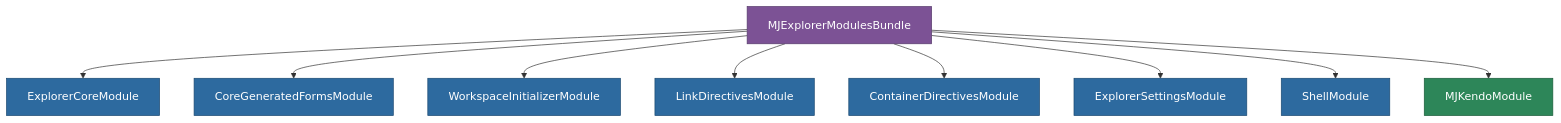
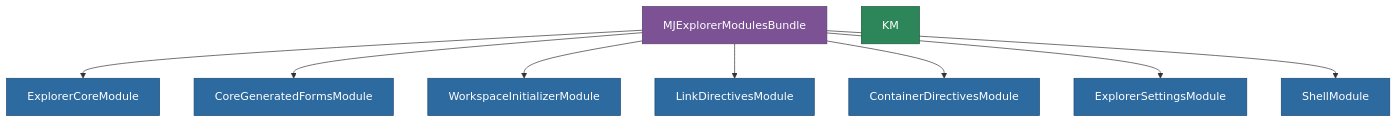
One commit to MemberJunction/MJ changed the diagram in packages/Angular/Explorer/explorer-modules/README.md. Above: the diagram before and after it, drawn with Mermaid. The commit also changed other lines of this file and 117 other files, not shown here.

````diff
--- a/packages/Angular/Explorer/explorer-modules/README.md
+++ b/packages/Angular/Explorer/explorer-modules/README.md
@@ -9,21 +9,20 @@
 ```mermaid
 graph TD
     BUNDLE["MJExplorerModulesBundle"] --> EC["ExplorerCoreModule"]
     BUNDLE --> CGF["CoreGeneratedFormsModule"]
     BUNDLE --> WI["WorkspaceInitializerModule"]
     BUNDLE --> LD["LinkDirectivesModule"]
     BUNDLE --> CD["ContainerDirectivesModule"]
     BUNDLE --> ES["ExplorerSettingsModule"]
     BUNDLE --> SM["ShellModule"]
-    BUNDLE --> KM["MJKendoModule"]
 
     style BUNDLE fill:#7c5295,stroke:#563a6b,color:#fff
     style EC fill:#2d6a9f,stroke:#1a4971,color:#fff
     style CGF fill:#2d6a9f,stroke:#1a4971,color:#fff
     style WI fill:#2d6a9f,stroke:#1a4971,color:#fff
     style LD fill:#2d6a9f,stroke:#1a4971,color:#fff
     style CD fill:#2d6a9f,stroke:#1a4971,color:#fff
     style ES fill:#2d6a9f,stroke:#1a4971,color:#fff
     style SM fill:#2d6a9f,stroke:#1a4971,color:#fff
     style KM fill:#2d8659,stroke:#1a5c3a,color:#fff
 ```
````
